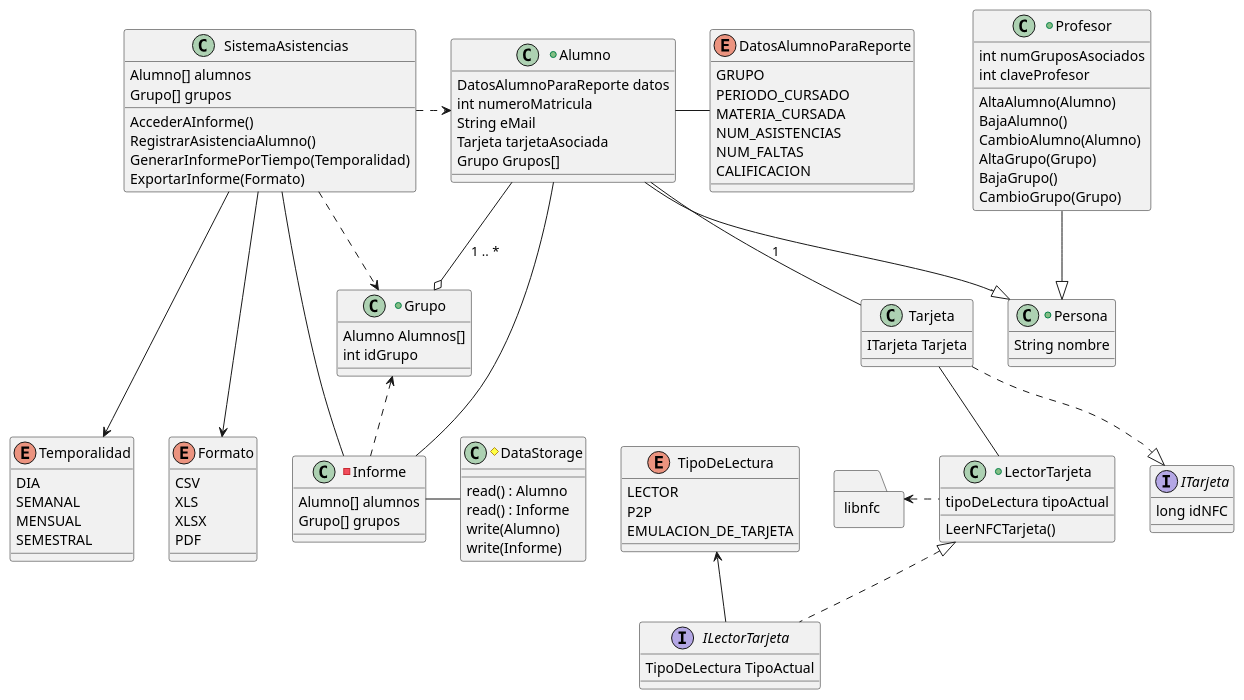
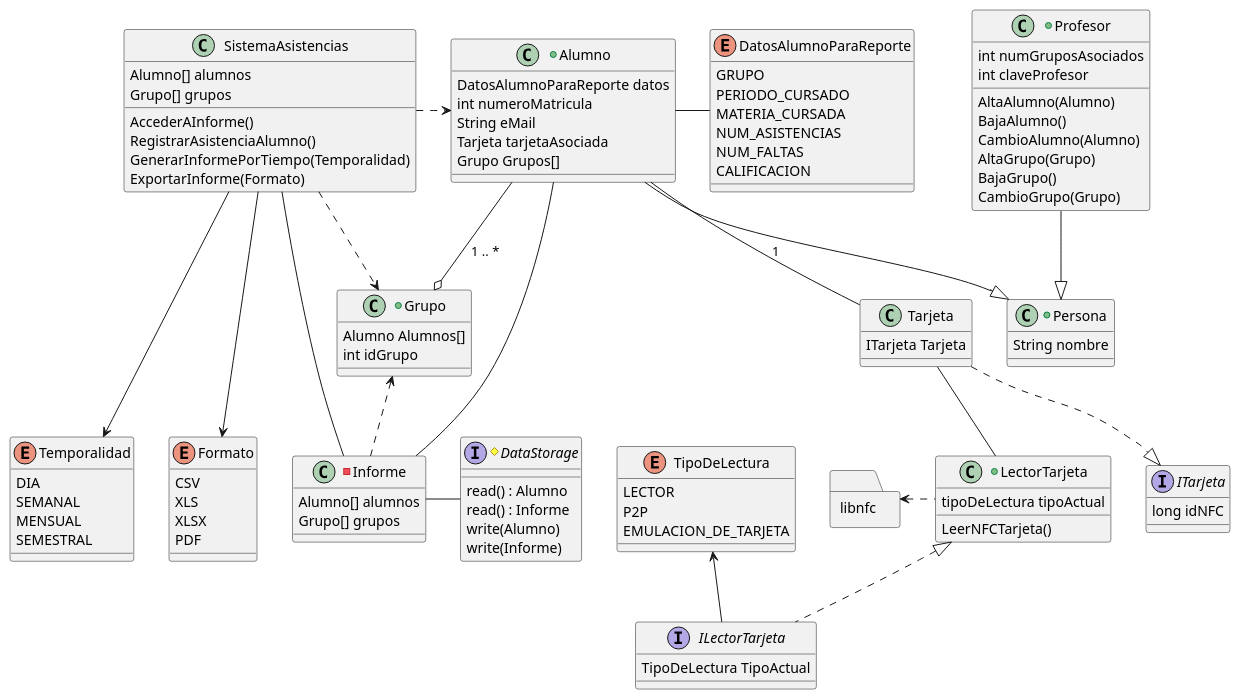
Before and after one commit to GirTabAleph/ProyectoSistemas: the diagram in Diseño/Diseño/3.Diagrama de clases/diagramaClases.puml, drawn with PlantUML.

```diff
--- a/Diseño/Diseño/3.Diagrama de clases/diagramaClases.puml
+++ b/Diseño/Diseño/3.Diagrama de clases/diagramaClases.puml
@@ -1,186 +1,186 @@
 @startuml
 'Este archivo contiene en texto plano el código necesario para generar el diagrama de clases del sistema.
 
 
 'Modificaciones: Se incluyó a libnfc dentro del diagrama.
 
 'Un módulo para raspberry pi tiene estos tres modos. Los tomaremos como referencia.
 enum TipoDeLectura{
 
 LECTOR
 P2P
 EMULACION_DE_TARJETA
 
 }
 
 enum Temporalidad{
 DIA
 SEMANAL
 MENSUAL
 SEMESTRAL
 }
 
 enum Formato{
 CSV
 XLS
 XLSX
 PDF
 
 }
 
 enum DatosAlumnoParaReporte{
 
 GRUPO
 PERIODO_CURSADO
 MATERIA_CURSADA
 NUM_ASISTENCIAS
 NUM_FALTAS
 CALIFICACION
 
 }
 
 interface ILectorTarjeta{
 
 TipoDeLectura TipoActual
 
 }
 
 interface ITarjeta{
 
 long idNFC
 
 }
 
 'Dado que libnfc es una biblioteca ya existente, el paquete es el mejor elemento que se le ajusta.
 'Para efectos prácticos basta con dejar solo el nombre de la biblioteca.
 package libnfc <<folder>>{
 
 
 }
 
 'Esta clase técnicamente es protegida porque solo ciertas clases pueden acceder a ella, no todas las clases deben accederla.
 class Tarjeta{ 
 
 ITarjeta Tarjeta
 
 
 }
 
-#class DataStorage{
+#interface DataStorage{
 
-'Toda esta clase es únicamente de métodos.
+'Toda esta interfaz es únicamente de métodos.
 read() : Alumno
 read() : Informe
 write(Alumno)
 write(Informe)
 
 }
 
 
 
 +class LectorTarjeta{
 
 tipoDeLectura tipoActual
 
 'Métodos.
 LeerNFCTarjeta()
 
 }
 
 +class Persona{
 
 String nombre
 
 }
 
 +class Alumno{
 
 DatosAlumnoParaReporte datos
 int numeroMatricula
 String eMail
 Tarjeta tarjetaAsociada
 Grupo Grupos[]
 
 'Métodos.
 
 
 } 
 
 +class Profesor{
 
 int numGruposAsociados
 int claveProfesor
 
 'Métodos.
 AltaAlumno(Alumno)
 BajaAlumno()
 CambioAlumno(Alumno)
 AltaGrupo(Grupo)
 BajaGrupo()
 CambioGrupo(Grupo)
 
 }
 
 +class Grupo{
 
 Alumno Alumnos[]
 int idGrupo
 
 }
 
 class SistemaAsistencias{
 
 Alumno[] alumnos
 Grupo[] grupos
 
 'Métodos.
 AccederAInforme()
 RegistrarAsistenciaAlumno()
 GenerarInformePorTiempo(Temporalidad)
 ExportarInforme(Formato)
 
 }
 
 'Privado porque solo el profesor interactúa con él.
 -class Informe{
 
 Alumno[] alumnos
 Grupo[] grupos
 
 
 }
 
 'Relaciones.
 TipoDeLectura <-- ILectorTarjeta
 
 Tarjeta ..|> ITarjeta
 LectorTarjeta <|.. ILectorTarjeta
 
 
 'Para este sistema un alumno solo puede tener una tarjeta a menos que deba hacer el reemplazo.
 Alumno -- Tarjeta: 1
 
 Alumno - DatosAlumnoParaReporte
 
 Tarjeta -- LectorTarjeta
 
 Profesor --|> Persona
 Alumno --|> Persona
 
 'Un cambio en la clase grupo afecta a la clase reporte, por eso es una dependencia.
 Grupo <.. Informe
 
 Alumno --o Grupo: 1 .. *
 
 libnfc <. LectorTarjeta
 
 SistemaAsistencias ---> Temporalidad
 SistemaAsistencias ---> Formato
 
 SistemaAsistencias .> Alumno
 SistemaAsistencias .> Grupo
 SistemaAsistencias -- Informe
 
 Informe - DataStorage
 Informe - Alumno
 @enduml
```
